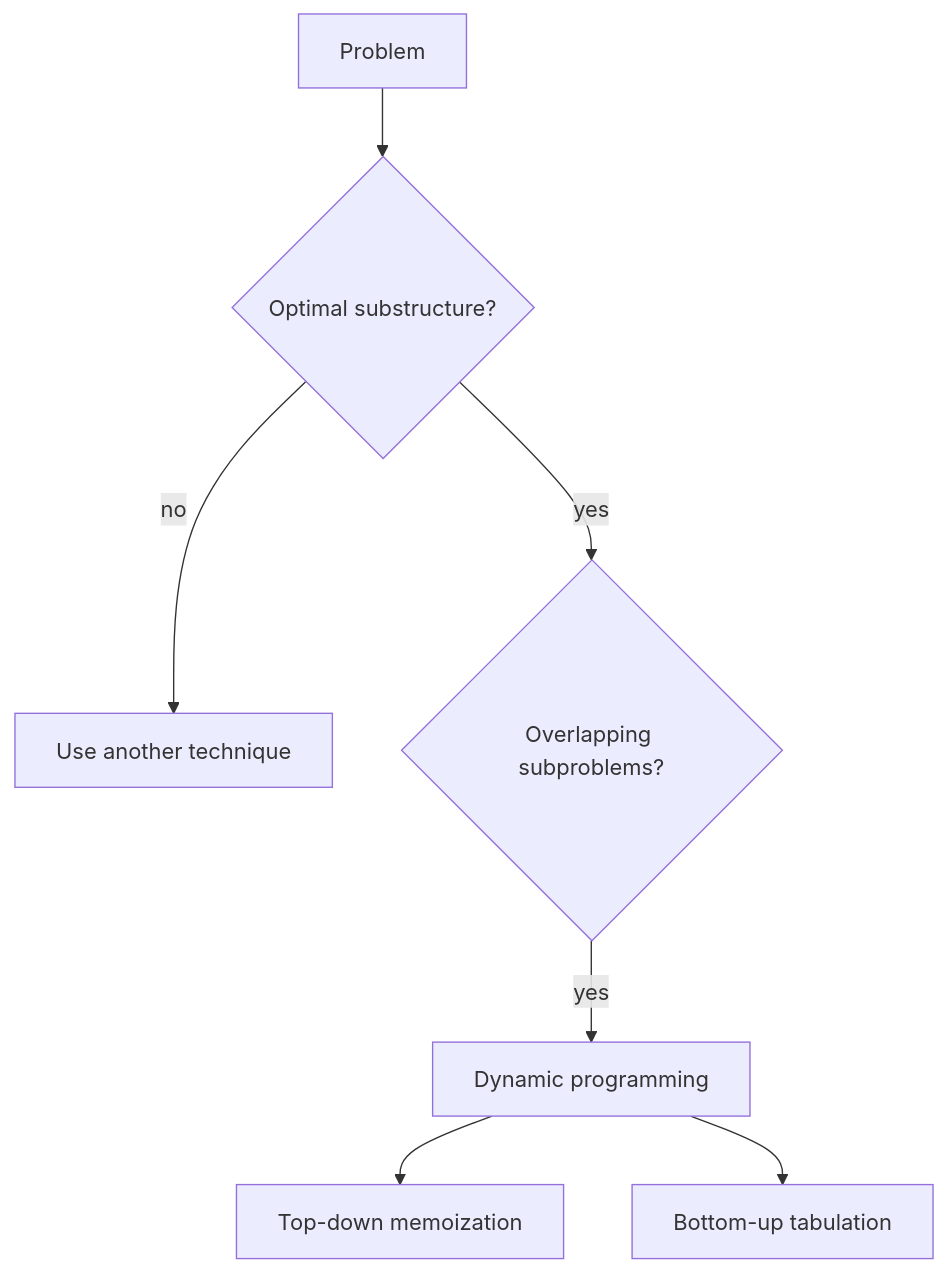
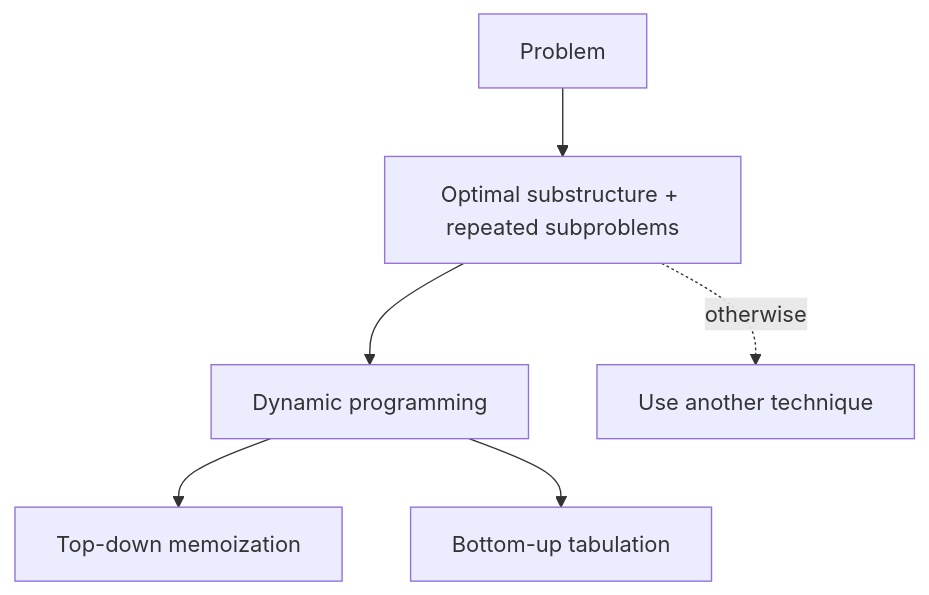
One commit to rashid-mamun/tech-interview-hub changed the first of 4 diagrams in docs/data structures/13-dynamic-programming/index.md. Above: the diagram before and after it, drawn with Mermaid. The commit also changed other lines of this file and 30 other files, not shown here.

````diff
--- a/docs/data structures/13-dynamic-programming/index.md
+++ b/docs/data structures/13-dynamic-programming/index.md
@@ -8,9 +8,8 @@
 ```mermaid
 flowchart TD
-    Problem --> Optimal{Optimal substructure?}
-    Optimal -->|no| Other[Use another technique]
-    Optimal -->|yes| Overlap{Overlapping subproblems?}
-    Overlap -->|yes| DP[Dynamic programming]
+    Problem[Problem] --> Fit[Optimal substructure + repeated subproblems]
+    Fit --> DP[Dynamic programming]
+    Fit -. otherwise .-> Other[Use another technique]
     DP --> Memo[Top-down memoization]
     DP --> Tab[Bottom-up tabulation]
 ```
````
